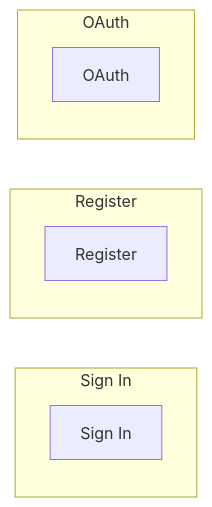
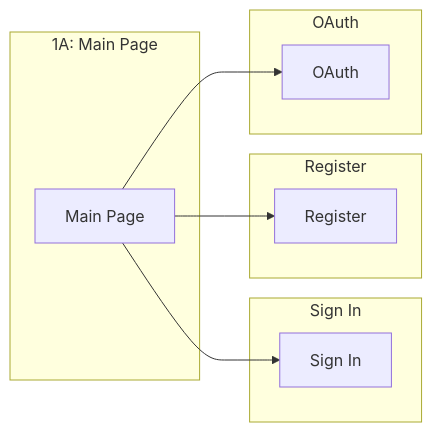
The first of 2 diagrams in readme.md (siddh-kivtechs/kivtechs_schema), drawn with Mermaid before and after one commit. The commit also changed other lines of this file, not shown here.

````diff
--- a/readme.md
+++ b/readme.md
@@ -4,15 +4,21 @@
 ```mermaid
 graph LR
+ subgraph 1A: Main Page
+        1A["Main Page"]
+    end
     subgraph Sign In
         2A[Sign In]
     end
     subgraph Register
         2B[Register]
     end
     subgraph OAuth
         2C[OAuth]
     end
 
+    1A --> 2A
+    1A --> 2B
+    1A --> 2C
    
 
 ```
````
